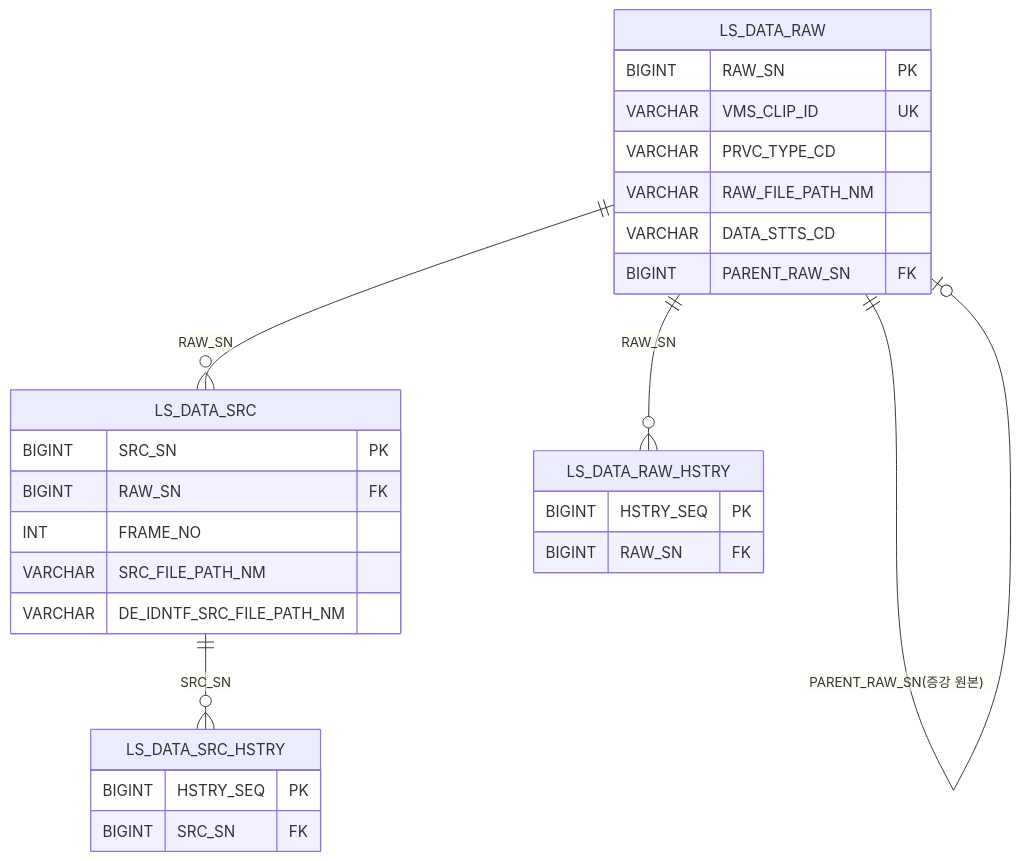
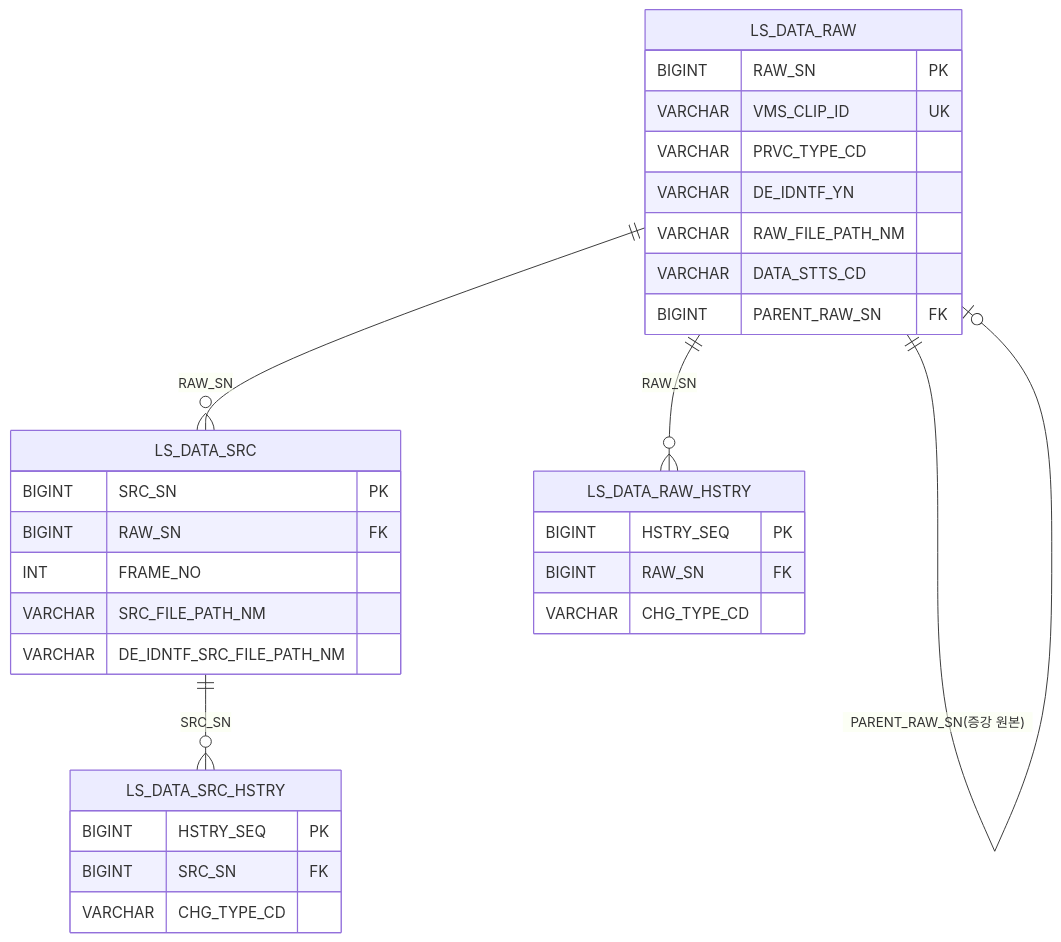
One commit to New-stella/klid-label changed the first of 12 diagrams in docs/design/D8-엔티티관계모형설계서.md. Above: the diagram before and after it, drawn with Mermaid. The commit also changed other lines of this file and 36 other files, not shown here.

````diff
--- a/docs/design/D8-엔티티관계모형설계서.md
+++ b/docs/design/D8-엔티티관계모형설계서.md
@@ -52,31 +57,34 @@
 ```mermaid
 erDiagram
     LS_DATA_RAW ||--o{ LS_DATA_SRC : "RAW_SN"
     LS_DATA_RAW ||--o{ LS_DATA_RAW_HSTRY : "RAW_SN"
     LS_DATA_RAW ||--o| LS_DATA_RAW : "PARENT_RAW_SN(증강 원본)"
     LS_DATA_SRC ||--o{ LS_DATA_SRC_HSTRY : "SRC_SN"
 
     LS_DATA_RAW {
         BIGINT RAW_SN PK
         VARCHAR VMS_CLIP_ID UK
         VARCHAR PRVC_TYPE_CD
+        VARCHAR DE_IDNTF_YN
         VARCHAR RAW_FILE_PATH_NM
         VARCHAR DATA_STTS_CD
         BIGINT PARENT_RAW_SN FK
     }
     LS_DATA_SRC {
         BIGINT SRC_SN PK
         BIGINT RAW_SN FK
         INT FRAME_NO
         VARCHAR SRC_FILE_PATH_NM
         VARCHAR DE_IDNTF_SRC_FILE_PATH_NM
     }
     LS_DATA_RAW_HSTRY {
         BIGINT HSTRY_SEQ PK
         BIGINT RAW_SN FK
+        VARCHAR CHG_TYPE_CD
     }
     LS_DATA_SRC_HSTRY {
         BIGINT HSTRY_SEQ PK
         BIGINT SRC_SN FK
+        VARCHAR CHG_TYPE_CD
     }
 ```
````
